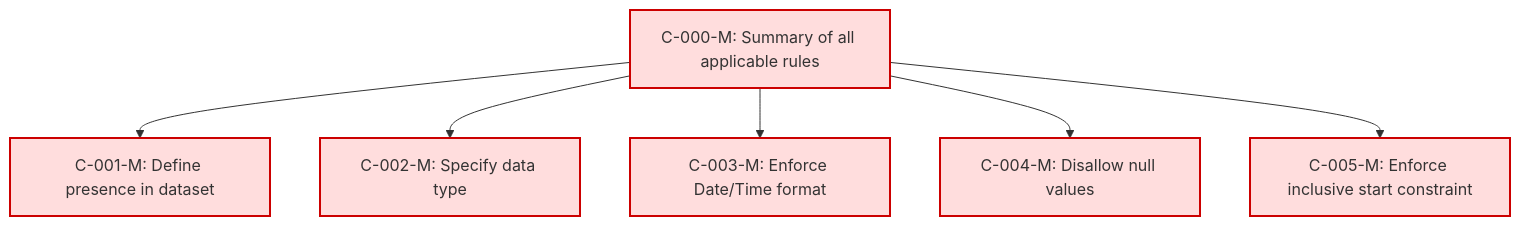
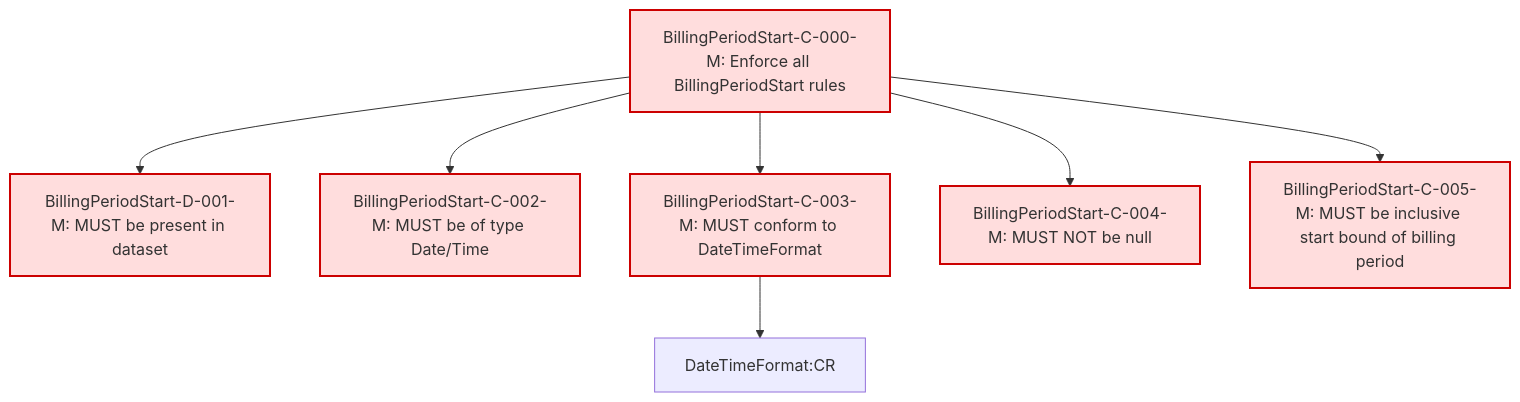
Before and after one commit to FinOps-Open-Cost-and-Usage-Spec/FOCUS_Spec: the diagram in specification/conformance/cr-stage1/billingperiodstart_cr.md, drawn with Mermaid. The commit also changed other lines of this file, not shown here.

Commit message:
revised billing period start

````diff
--- a/specification/conformance/cr-stage1/billingperiodstart_cr.md
+++ b/specification/conformance/cr-stage1/billingperiodstart_cr.md
@@ -19,25 +20,30 @@
 ```mermaid
+
 graph TD
 
-%% Root Composite
-BPS000["C-000-M: Summary of all applicable rules"]
-BPS001["C-001-M: Define presence in dataset"]
-BPS002["C-002-M: Specify data type"]
-BPS003["C-003-M: Enforce Date/Time format"]
-BPS004["C-004-M: Disallow null values"]
-BPS005["C-005-M: Enforce inclusive start constraint"]
+%% Nodes
+BPS000["BillingPeriodStart-C-000-M: Enforce all BillingPeriodStart rules"]
+BPS001["BillingPeriodStart-D-001-M: MUST be present in dataset"]
+BPS002["BillingPeriodStart-C-002-M: MUST be of type Date/Time"]
+BPS003["BillingPeriodStart-C-003-M: MUST conform to DateTimeFormat"]
+BPS004["BillingPeriodStart-C-004-M: MUST NOT be null"]
+BPS005["BillingPeriodStart-C-005-M: MUST be inclusive start bound of billing period"]
+DTFCR["DateTimeFormat:CR"]
 
 %% Root connections
 BPS000 --> BPS001
 BPS000 --> BPS002
 BPS000 --> BPS003
 BPS000 --> BPS004
 BPS000 --> BPS005
 
+%% Cross-attribute reference
+BPS003 --> DTFCR
+
 %% Styling by Rule Type
 classDef mandatory fill:#fdd,stroke:#c00,stroke-width:2px;
 classDef conditional fill:#ffd700,stroke:#aa0,stroke-width:1px;
 classDef optional fill:#c0f5c0,stroke:#2c8c2c,stroke-width:1px;
 
 class BPS000,BPS001,BPS002,BPS003,BPS004,BPS005 mandatory;
 ```
````
